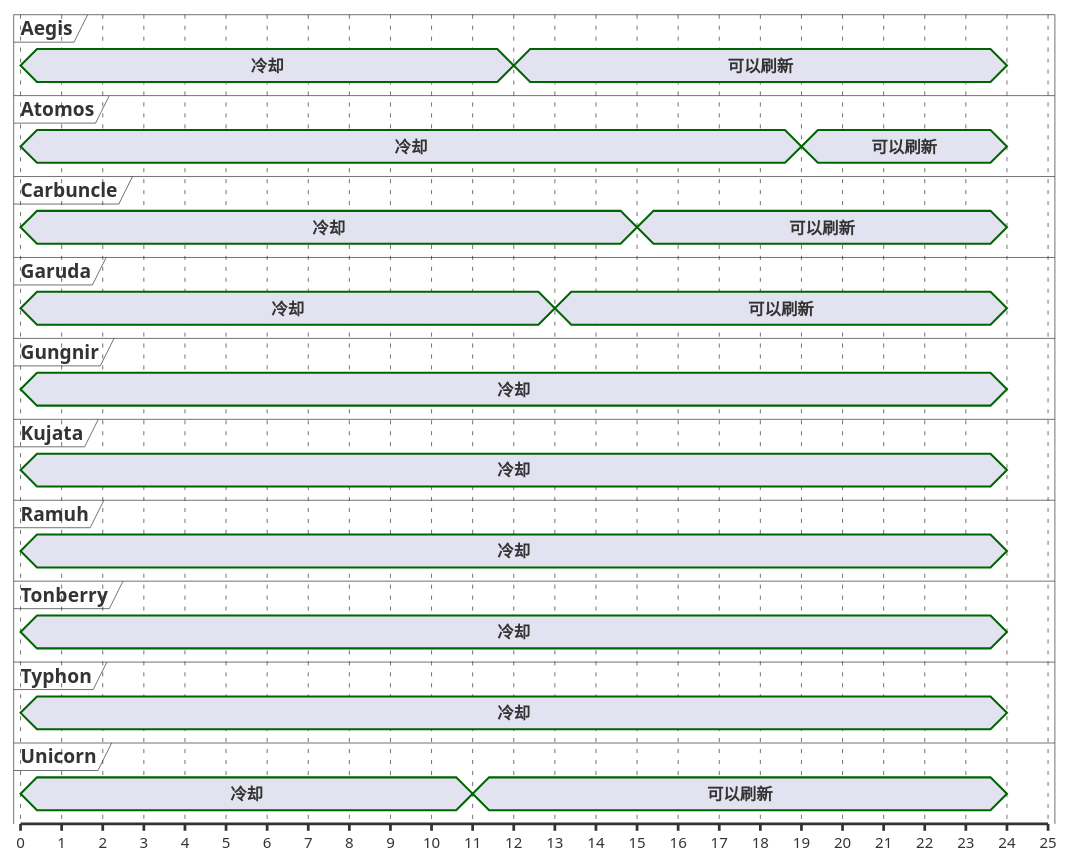
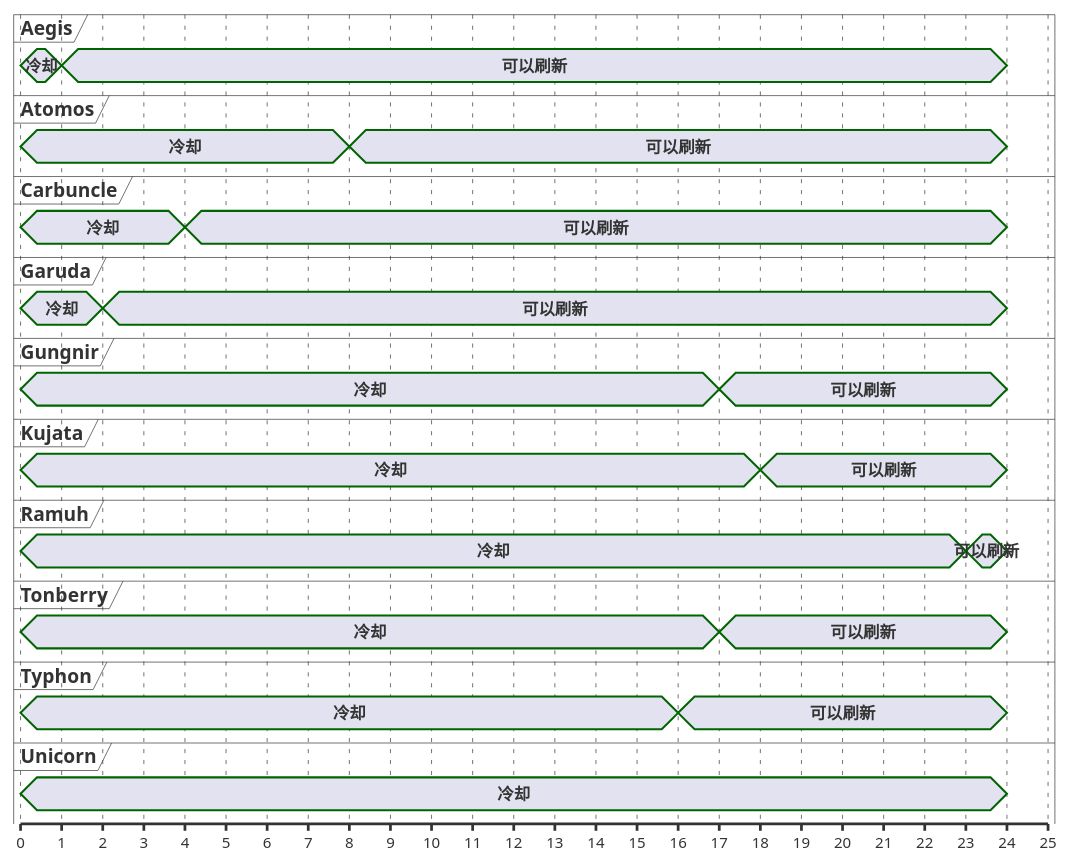
One commit to Eroleice/doc-pi changed the fifth of 13 diagrams in ffxiv/hunt/5.0/Ixtab.md. Above: the diagram before and after it, drawn with PlantUML. The commit also changed other lines of this file and 38 other files, not shown here.

````diff
--- a/ffxiv/hunt/5.0/Ixtab.md
+++ b/ffxiv/hunt/5.0/Ixtab.md
@@ -213,62 +213,67 @@
 ```plantuml
 @startuml
 scale 1 as 30 pixels
 
 concise Aegis
 concise Atomos
 concise Carbuncle
 concise Garuda
 concise Gungnir
 concise Kujata
 concise Ramuh
 concise Tonberry
 concise Typhon
 concise Unicorn
 
 @Unicorn
 0 is 冷却
-11 is 可以刷新
+0 is 可以刷新
 24 is {hidden}
 
 @Aegis
 0 is 冷却
-12 is 可以刷新
+1 is 可以刷新
 24 is {hidden}
 
 @Garuda
 0 is 冷却
-13 is 可以刷新
+2 is 可以刷新
 24 is {hidden}
 
 @Carbuncle
 0 is 冷却
-15 is 可以刷新
+4 is 可以刷新
 24 is {hidden}
 
 @Atomos
 0 is 冷却
-19 is 可以刷新
+8 is 可以刷新
 24 is {hidden}
 
 @Typhon
 0 is 冷却
+16 is 可以刷新
 24 is {hidden}
 
 @Gungnir
 0 is 冷却
+17 is 可以刷新
 24 is {hidden}
 
 @Tonberry
 0 is 冷却
+17 is 可以刷新
 24 is {hidden}
 
 @Kujata
 0 is 冷却
+18 is 可以刷新
 24 is {hidden}
 
 @Ramuh
 0 is 冷却
+23 is 可以刷新
 24 is {hidden}
 
 @enduml
 ```
````
